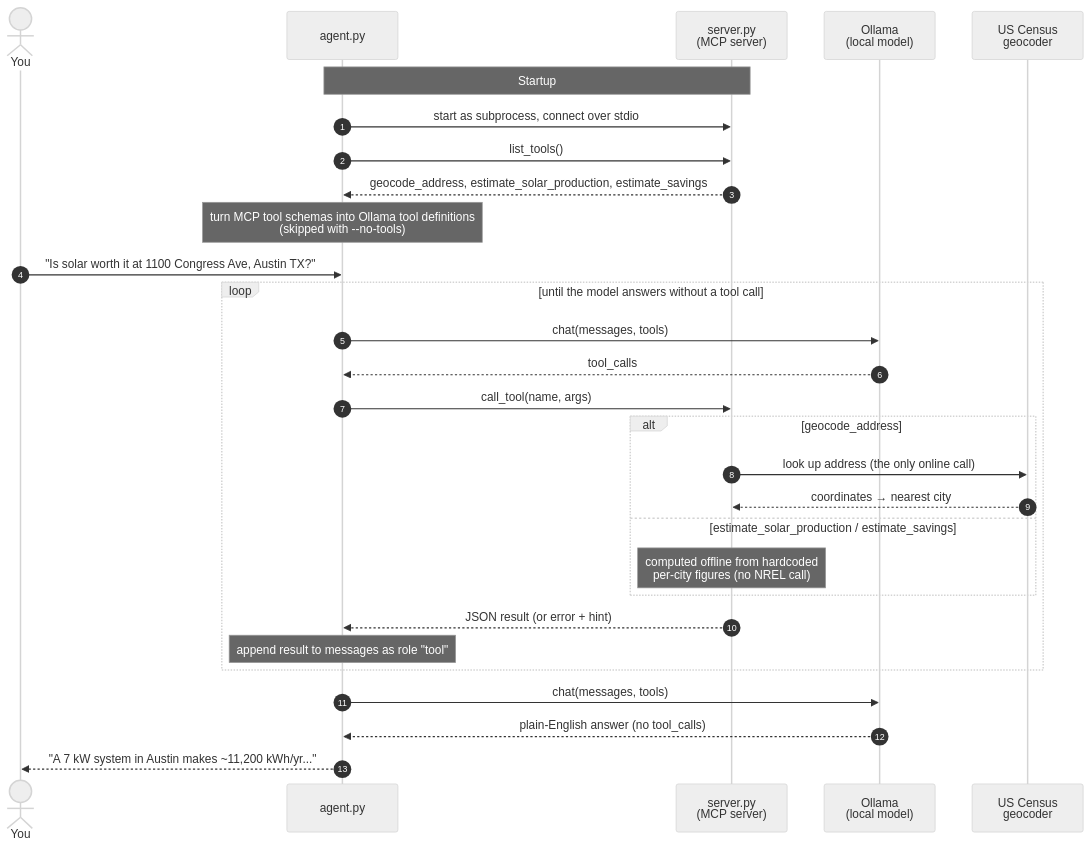
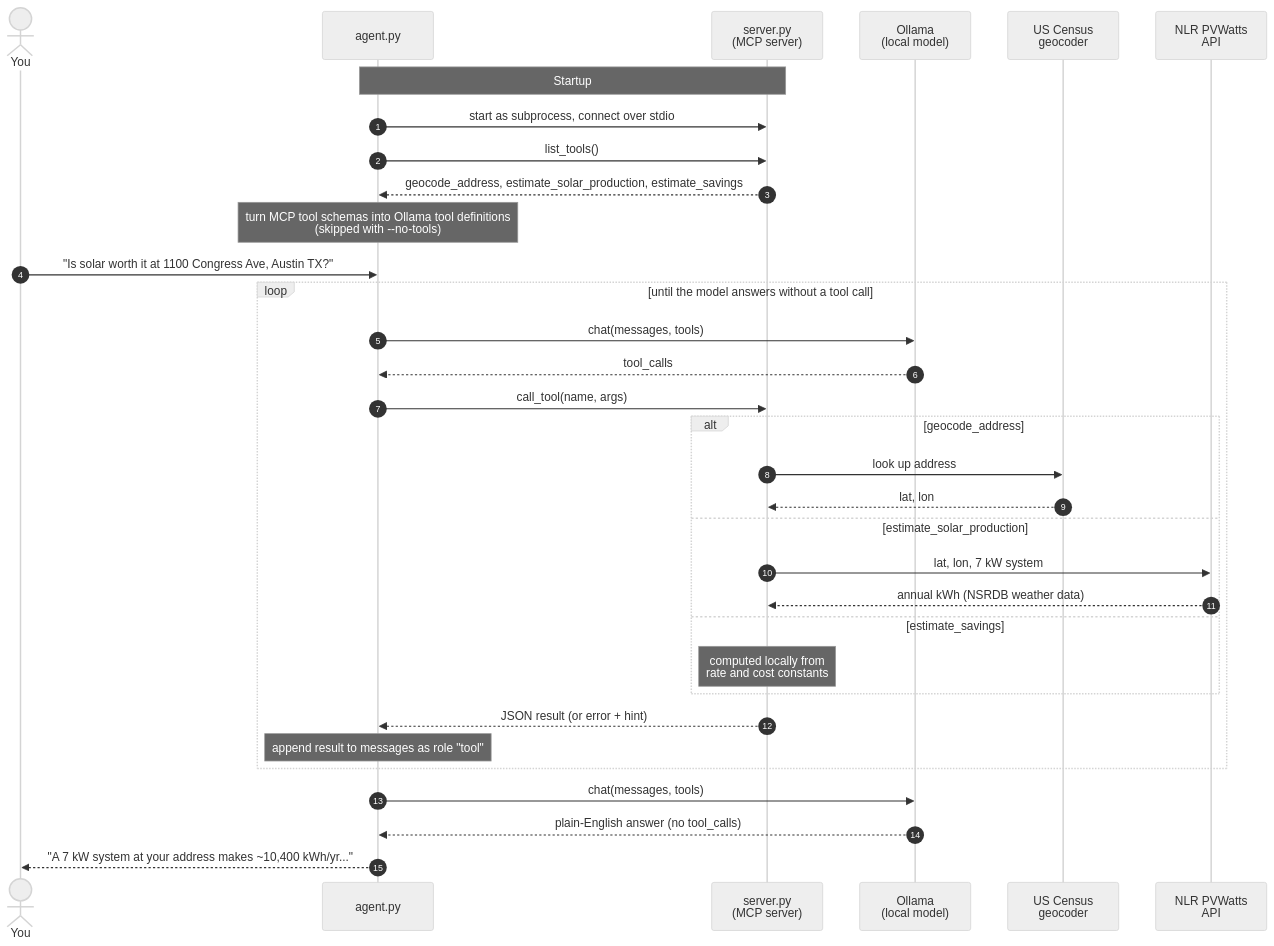
Before and after one commit to rajeshalwar/simplelocalmcp: the diagram in README.md, drawn with Mermaid (neutral theme). The commit also changed other lines of this file and 1 other file, not shown here.

First line of the commit message:
Use PVWatts for solar production instead of a city table

````diff
--- a/README.md
+++ b/README.md
@@ -79,35 +85,39 @@
 ```mermaid
 sequenceDiagram
     autonumber
     actor You
     participant Agent as agent.py
     participant Server as server.py<br/>(MCP server)
     participant Ollama as Ollama<br/>(local model)
     participant Census as US Census<br/>geocoder
+    participant PVWatts as NLR PVWatts<br/>API
 
     Note over Agent,Server: Startup
     Agent->>Server: start as subprocess, connect over stdio
     Agent->>Server: list_tools()
     Server-->>Agent: geocode_address, estimate_solar_production, estimate_savings
     Note over Agent: turn MCP tool schemas into Ollama tool definitions<br/>(skipped with --no-tools)
 
     You->>Agent: "Is solar worth it at 1100 Congress Ave, Austin TX?"
 
     loop until the model answers without a tool call
         Agent->>Ollama: chat(messages, tools)
         Ollama-->>Agent: tool_calls
         Agent->>Server: call_tool(name, args)
         alt geocode_address
-            Server->>Census: look up address (the only online call)
-            Census-->>Server: coordinates → nearest city
-        else estimate_solar_production / estimate_savings
-            Note over Server: computed offline from hardcoded<br/>per-city figures (no NREL call)
+            Server->>Census: look up address
+            Census-->>Server: lat, lon
+        else estimate_solar_production
+            Server->>PVWatts: lat, lon, 7 kW system
+            PVWatts-->>Server: annual kWh (NSRDB weather data)
+        else estimate_savings
+            Note over Server: computed locally from<br/>rate and cost constants
         end
         Server-->>Agent: JSON result (or error + hint)
         Note over Agent: append result to messages as role "tool"
     end
 
     Agent->>Ollama: chat(messages, tools)
     Ollama-->>Agent: plain-English answer (no tool_calls)
-    Agent-->>You: "A 7 kW system in Austin makes ~11,200 kWh/yr..."
+    Agent-->>You: "A 7 kW system at your address makes ~10,400 kWh/yr..."
 ```
````
